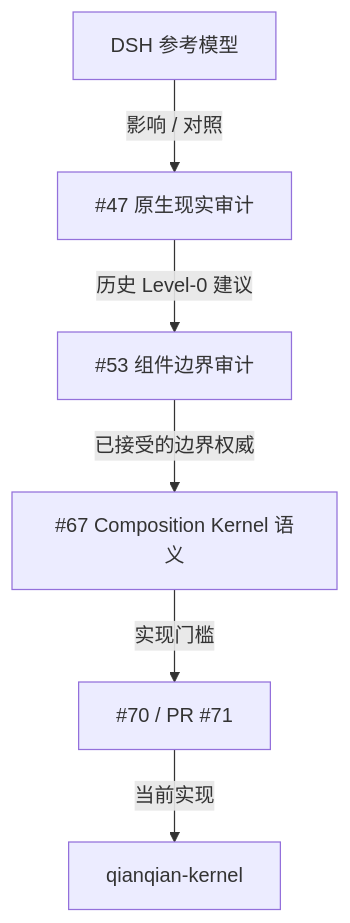
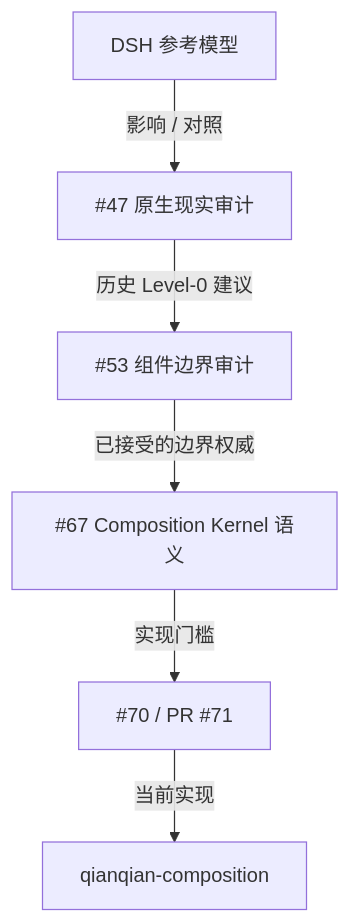
The diagram in website/research/dsh-composition-lineage.md (jnhu76/qianqian), drawn with Mermaid before and after one commit. The commit also changed other lines of this file and 129 other files, not shown here.

First line of the commit message:
refactor(composition): rename composition kernel crate and type

````diff
--- a/website/research/dsh-composition-lineage.md
+++ b/website/research/dsh-composition-lineage.md
@@ -82,8 +82,8 @@
 ```mermaid
 flowchart TD
     A["DSH 参考模型"] -->|"影响 / 对照"| B["#47 原生现实审计"]
     B -->|"历史 Level-0 建议"| C["#53 组件边界审计"]
     C -->|"已接受的边界权威"| D["#67 Composition Kernel 语义"]
     D -->|"实现门槛"| E["#70 / PR #71"]
-    E -->|"当前实现"| F["qianqian-kernel"]
+    E -->|"当前实现"| F["qianqian-composition"]
 ```
````
